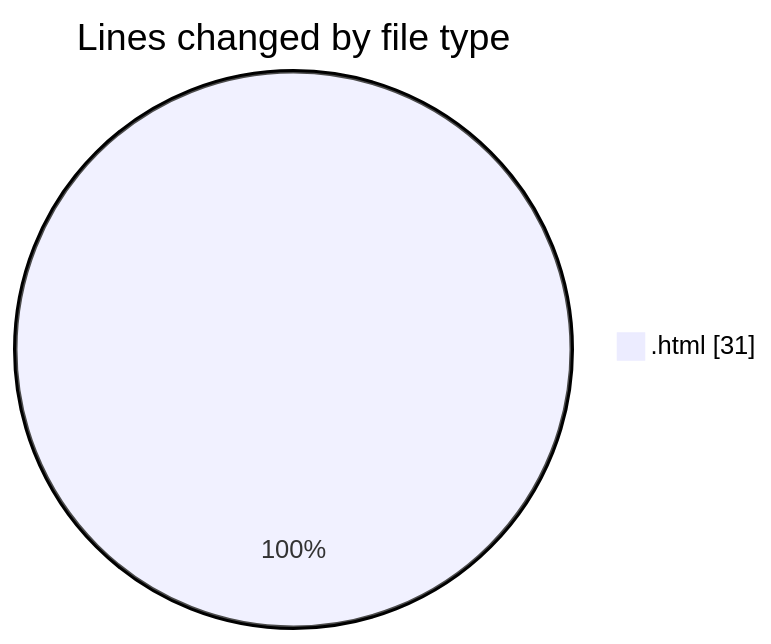
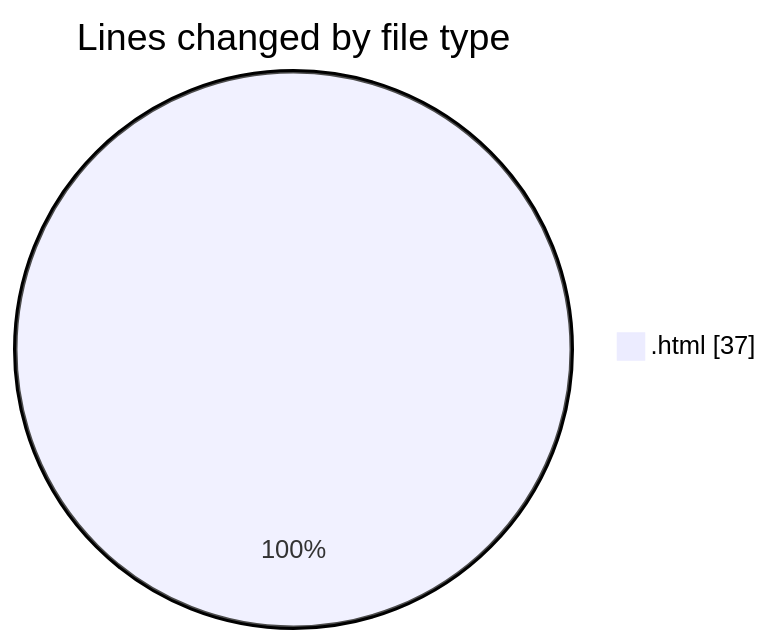
Before and after one commit to LanceThiago/code-tracking: the first of 2 diagrams in 2025-01-09/nueva_carpeta/README.md, drawn with Mermaid. The commit also changed other lines of this file and 1 other file, not shown here.

````diff
--- a/2025-01-09/nueva_carpeta/README.md
+++ b/2025-01-09/nueva_carpeta/README.md
@@ -20,5 +20,5 @@
 ```mermaid
 pie showData
 title Lines changed by file type
-".html" : 31
+".html" : 37
 ```
````
